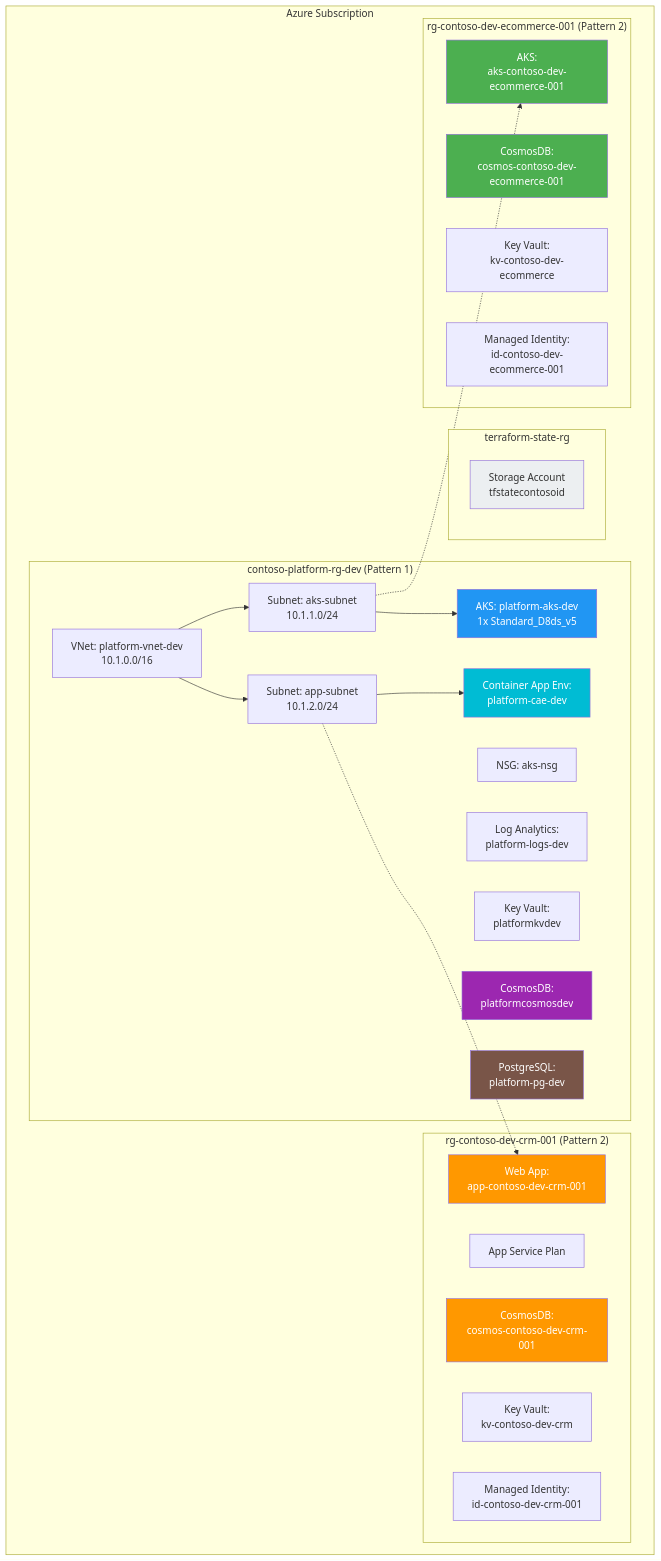
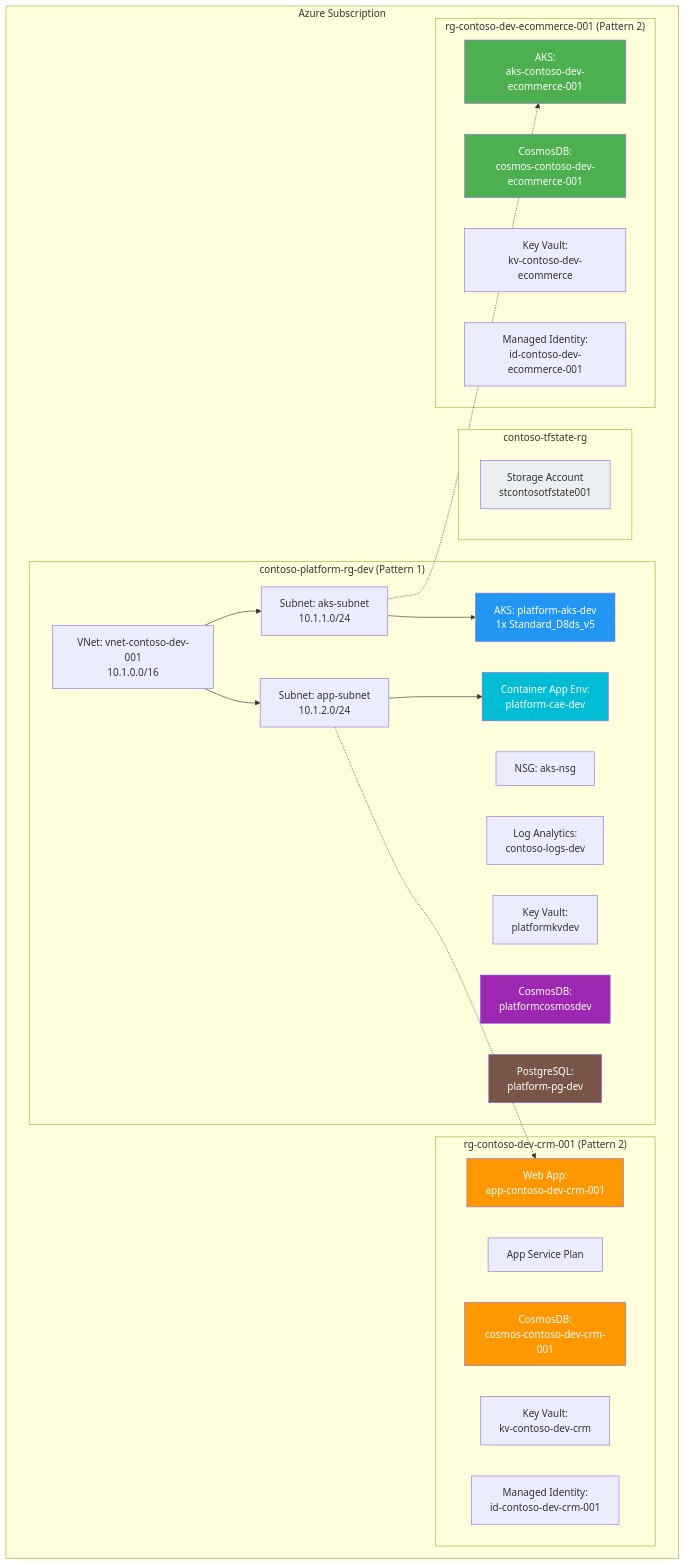
Before and after one commit to sandy-gunawan/demoterraform: the ninth of 10 diagrams in docs/demo/06-DIAGRAMS.md, drawn with Mermaid. The commit also changed other lines of this file and 53 other files, not shown here.

````diff
--- a/docs/demo/06-DIAGRAMS.md
+++ b/docs/demo/06-DIAGRAMS.md
@@ -396,53 +396,53 @@
 ```mermaid
 graph TB
     subgraph "Azure Subscription"
-        subgraph "terraform-state-rg"
-            SA[Storage Account<br/>tfstatecontosoid]
+        subgraph "contoso-tfstate-rg"
+            SA[Storage Account<br/>stcontosotfstate001]
         end
 
         subgraph "contoso-platform-rg-dev (Pattern 1)"
-            P1_VNET[VNet: platform-vnet-dev<br/>10.1.0.0/16]
+            P1_VNET[VNet: vnet-contoso-dev-001<br/>10.1.0.0/16]
             P1_AKS_SUB[Subnet: aks-subnet<br/>10.1.1.0/24]
             P1_APP_SUB[Subnet: app-subnet<br/>10.1.2.0/24]
             P1_NSG[NSG: aks-nsg]
-            P1_LOG[Log Analytics:<br/>platform-logs-dev]
+            P1_LOG[Log Analytics:<br/>contoso-logs-dev]
             P1_KV[Key Vault:<br/>platformkvdev]
             P1_AKS[AKS: platform-aks-dev<br/>1x Standard_D8ds_v5]
             P1_CDB[CosmosDB:<br/>platformcosmosdev]
             P1_CAE[Container App Env:<br/>platform-cae-dev]
             P1_PG[PostgreSQL:<br/>platform-pg-dev]
         end
 
         subgraph "rg-contoso-dev-crm-001 (Pattern 2)"
             CRM_ASP[App Service Plan]
             CRM_WEB[Web App:<br/>app-contoso-dev-crm-001]
             CRM_CDB[CosmosDB:<br/>cosmos-contoso-dev-crm-001]
             CRM_KV[Key Vault:<br/>kv-contoso-dev-crm]
             CRM_ID[Managed Identity:<br/>id-contoso-dev-crm-001]
         end
 
         subgraph "rg-contoso-dev-ecommerce-001 (Pattern 2)"
             ECM_AKS[AKS:<br/>aks-contoso-dev-ecommerce-001]
             ECM_CDB[CosmosDB:<br/>cosmos-contoso-dev-ecommerce-001]
             ECM_KV[Key Vault:<br/>kv-contoso-dev-ecommerce]
             ECM_ID[Managed Identity:<br/>id-contoso-dev-ecommerce-001]
         end
     end
 
     P1_VNET --> P1_AKS_SUB
     P1_VNET --> P1_APP_SUB
     P1_AKS_SUB --> P1_AKS
     P1_APP_SUB --> P1_CAE
     P1_AKS_SUB -.-> ECM_AKS
     P1_APP_SUB -.-> CRM_WEB
 
     style SA fill:#ECEFF1
     style P1_AKS fill:#2196F3,color:#fff
     style P1_CDB fill:#9C27B0,color:#fff
     style P1_CAE fill:#00BCD4,color:#fff
     style P1_PG fill:#795548,color:#fff
     style CRM_WEB fill:#FF9800,color:#fff
     style CRM_CDB fill:#FF9800,color:#fff
     style ECM_AKS fill:#4CAF50,color:#fff
     style ECM_CDB fill:#4CAF50,color:#fff
 ```
````
